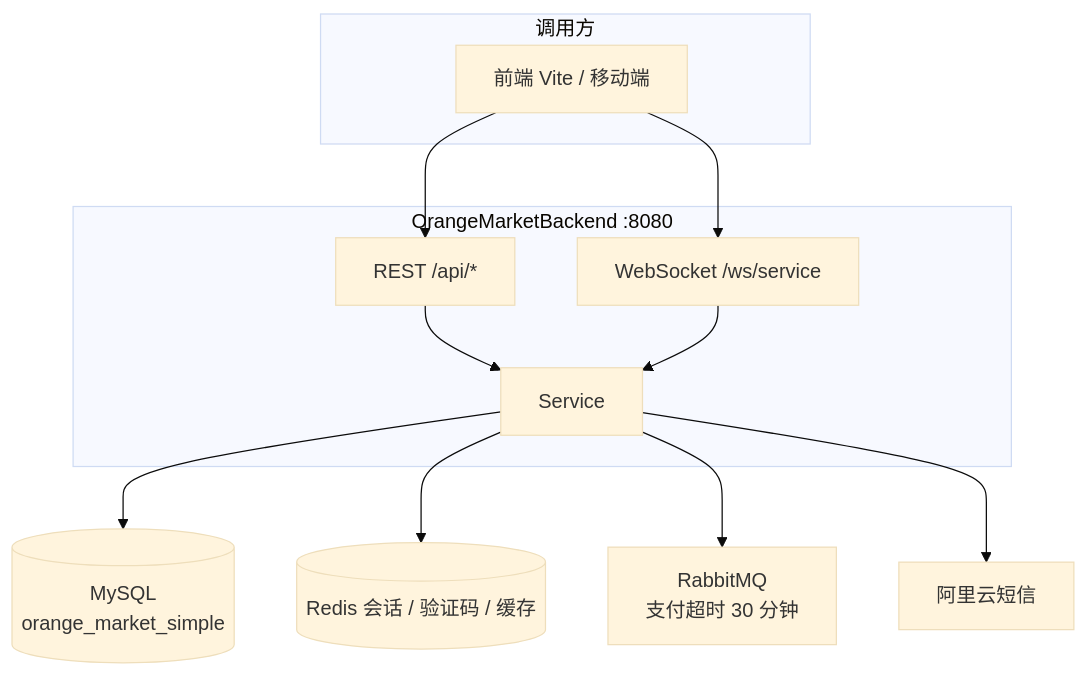
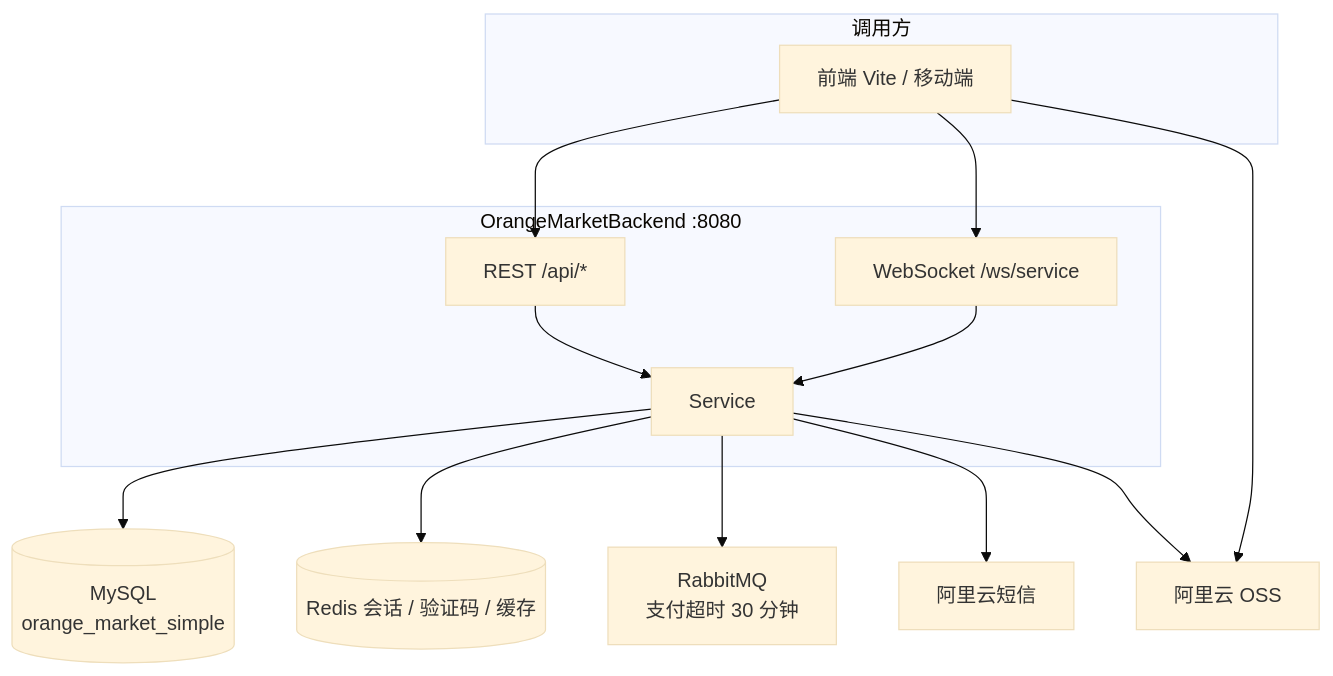
The diagram in README.md (CzlRx/OrangeMarketBackend), drawn with Mermaid (base theme) before and after one commit. The commit also changed other lines of this file and 36 other files, not shown here.

````diff
--- a/README.md
+++ b/README.md
@@ -36,22 +36,24 @@
 ```mermaid
 flowchart TB
   subgraph clients [调用方]
     FE[前端 Vite / 移动端]
   end
 
   subgraph app [OrangeMarketBackend :8080]
     API["REST /api/*"]
     WS["WebSocket /ws/service"]
     SVC[Service]
     API --> SVC
     WS --> SVC
   end
 
   FE --> API
   FE --> WS
 
   SVC --> MySQL[(MySQL<br/>orange_market_simple)]
   SVC --> Redis[(Redis 会话 / 验证码 / 缓存)]
   SVC --> MQ[RabbitMQ<br/>支付超时 30 分钟]
   SVC --> SMS[阿里云短信]
+  SVC --> OSS[阿里云 OSS]
+  FE --> OSS
 ```
````
